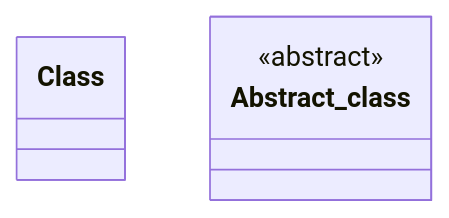
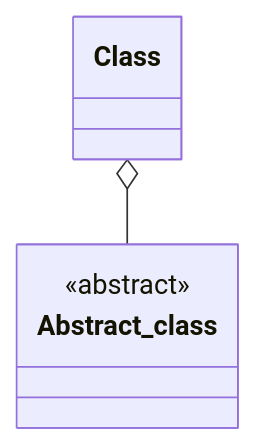
Before and after one commit to saiphanindra1010/arch_diagram_demo: the diagram in mermade/lld-diagrm.md, drawn with Mermaid.

Commit message:
mermade: save lld diagrm

````diff
--- a/mermade/lld-diagrm.md
+++ b/mermade/lld-diagrm.md
@@ -3,8 +3,9 @@
 ```mermaid
 classDiagram
   class Class
   class Abstract_class {
     <<abstract>>
   }
-%% mermade:{"v":1,"diagramType":"class","nodes":{"Class":{"x":231.90319005544063,"y":22.945211273271326,"w":220,"h":70,"kind":"class","members":[]},"Abstract_class":{"x":592.3067497970831,"y":-38.155865180283364,"w":220,"h":70,"kind":"abstract","members":[],"stereotype":"abstract"}},"groups":{},"edges":{}}
+  Class o-- Abstract_class
+%% mermade:{"v":1,"diagramType":"class","nodes":{"Class":{"x":231.90319005544063,"y":22.945211273271326,"w":220,"h":70,"kind":"class","members":[]},"Abstract_class":{"x":592.3067497970831,"y":-38.155865180283364,"w":220,"h":70,"kind":"abstract","members":[],"stereotype":"abstract"}},"groups":{},"edges":{"e1":{"relation":"aggregates","label":""}}}
 ```
````
